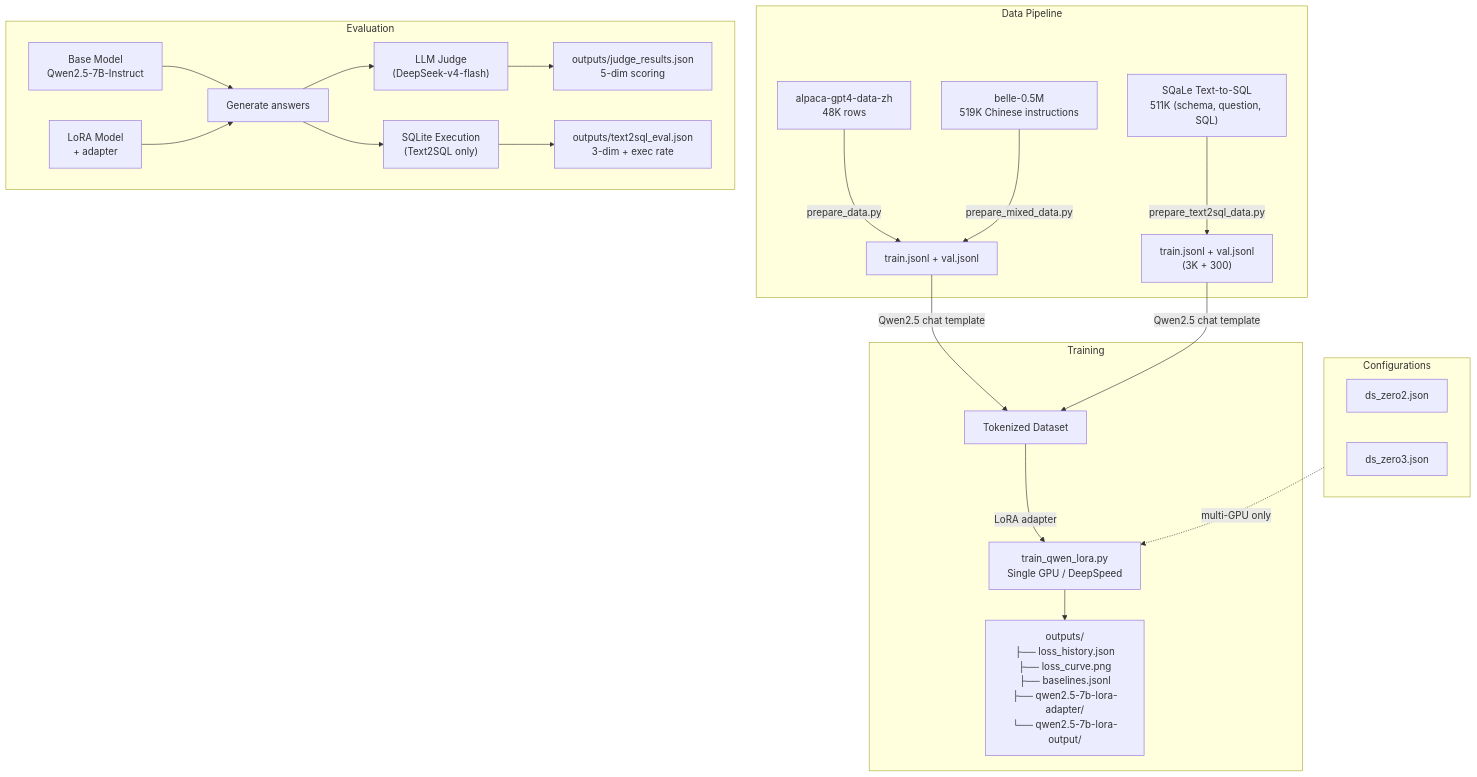
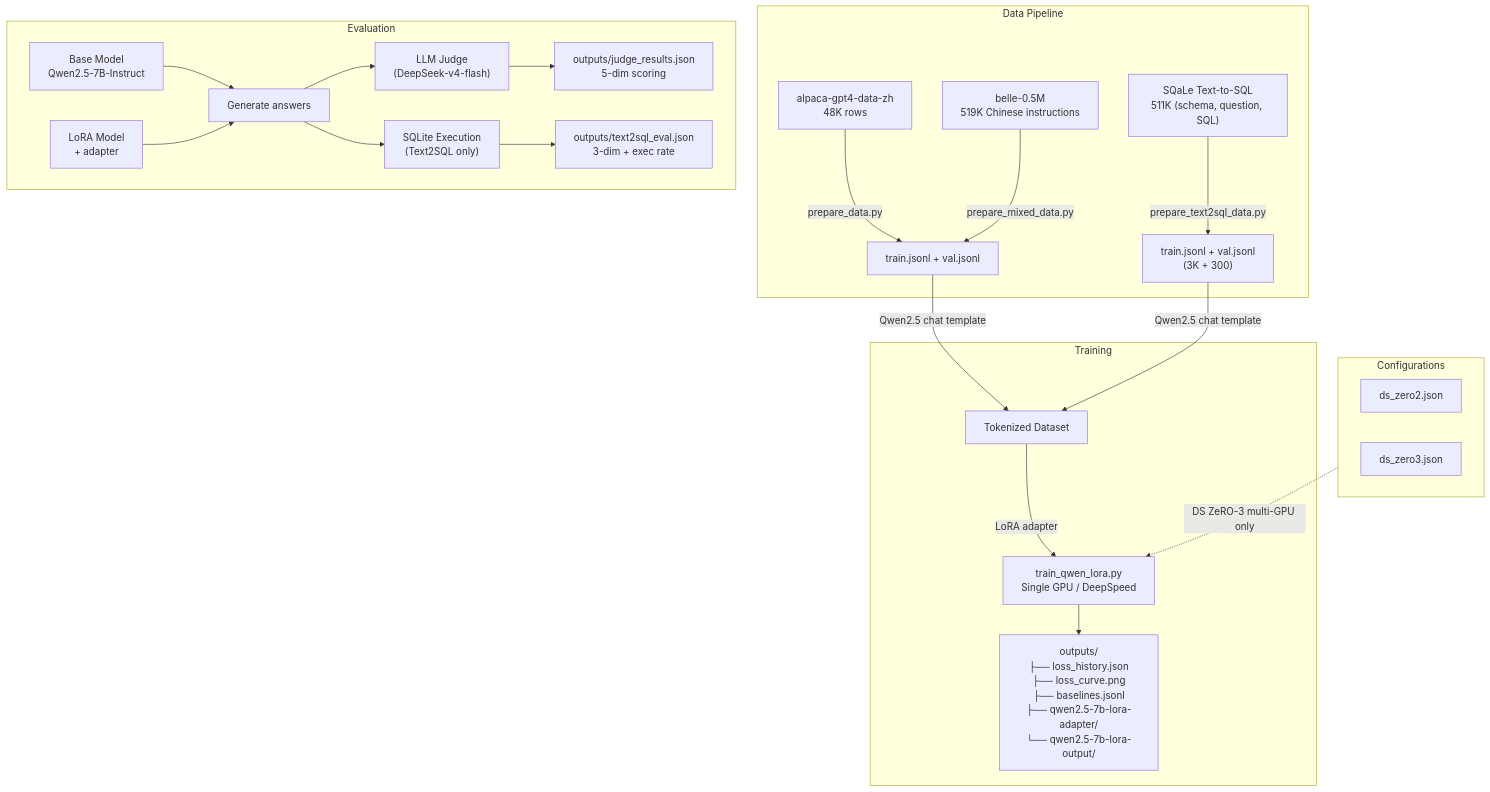
The first of 4 diagrams in README.md (QingGo/qwen-lora-project), drawn with Mermaid before and after one commit. The commit also changed other lines of this file and 3 other files, not shown here.

````diff
--- a/README.md
+++ b/README.md
@@ -9,30 +9,30 @@
 ```mermaid
 graph TD
     subgraph Data["Data Pipeline"]
         CSV["alpaca-gpt4-data-zh<br/>48K rows"] -->|prepare_data.py| JSONL1["train.jsonl + val.jsonl"]
         BELLE["belle-0.5M<br/>519K Chinese instructions"] -->|prepare_mixed_data.py| JSONL1
         SQaLe["SQaLe Text-to-SQL<br/>511K (schema, question, SQL)"] -->|prepare_text2sql_data.py| JSONL2["train.jsonl + val.jsonl<br/>(3K + 300)"]
     end
 
     subgraph Training["Training"]
         JSONL1 & JSONL2 -->|Qwen2.5 chat template| Tok["Tokenized Dataset"]
         Tok -->|LoRA adapter| Train["train_qwen_lora.py<br/>Single GPU / DeepSpeed"]
         Train --> Output["outputs/<br/>├── loss_history.json<br/>├── loss_curve.png<br/>├── baselines.jsonl<br/>├── qwen2.5-7b-lora-adapter/<br/>└── qwen2.5-7b-lora-output/"]
     end
 
     subgraph Eval["Evaluation"]
         Base["Base Model<br/>Qwen2.5-7B-Instruct"] --> Gen["Generate answers"]
         Lora["LoRA Model<br/>+ adapter"] --> Gen
         Gen --> Judge["LLM Judge<br/>(DeepSeek-v4-flash)"]
         Judge --> Report["outputs/judge_results.json<br/>5-dim scoring"]
         Gen --> SQLite["SQLite Execution<br/>(Text2SQL only)"]
         SQLite --> Report2["outputs/text2sql_eval.json<br/>3-dim + exec rate"]
     end
 
     subgraph Config["Configurations"]
         DS2["ds_zero2.json"]
         DS3["ds_zero3.json"]
     end
 
-    Config -.->|multi-GPU only| Train
+    Config -.->|DS ZeRO-3 multi-GPU only| Train
 ```
````
